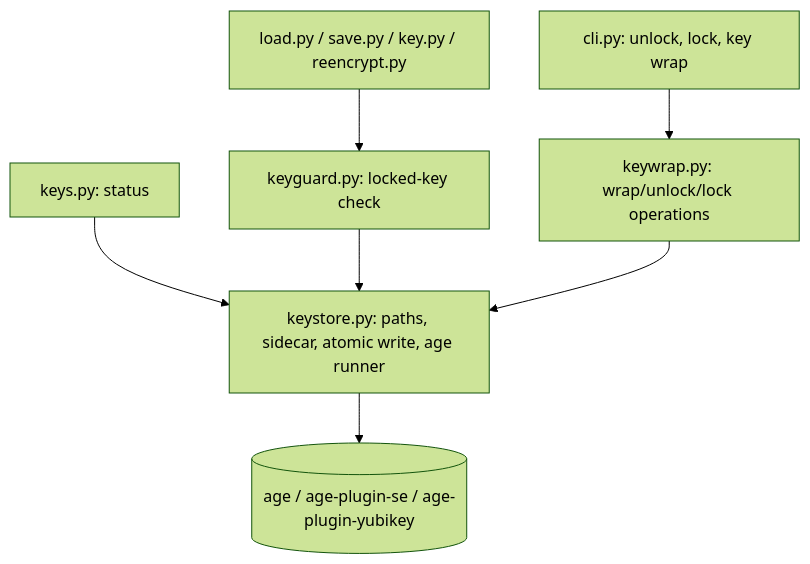
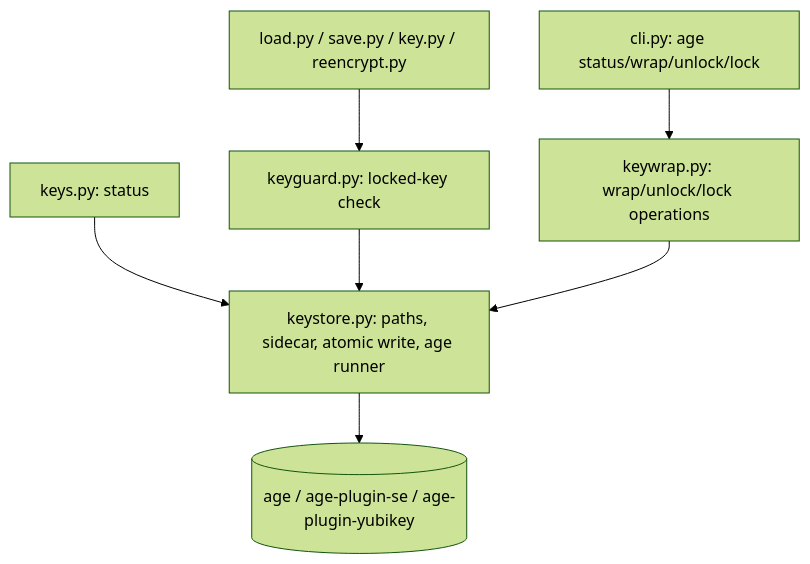
Before and after one commit to ericbusboom/dotconfig: the first of 2 diagrams in clasi/sprints/004-age-key-lock-unlock-wrapped-at-rest/sprint.md, drawn with Mermaid (forest theme). The commit also changed other lines of this file and 15 other files, not shown here.

First line of the commit message:
feat(004-008): reorganize age-key CLI into dotconfig age group

````diff
--- a/clasi/sprints/004-age-key-lock-unlock-wrapped-at-rest/sprint.md
+++ b/clasi/sprints/004-age-key-lock-unlock-wrapped-at-rest/sprint.md
@@ -140,9 +140,9 @@
 ```mermaid
 graph TD
-    CLI[cli.py: unlock, lock, key wrap] --> Wrap[keywrap.py: wrap/unlock/lock operations]
+    CLI[cli.py: age status/wrap/unlock/lock] --> Wrap[keywrap.py: wrap/unlock/lock operations]
     Status[keys.py: status] --> Store
     Guard[keyguard.py: locked-key check] --> Store
     Load[load.py / save.py / key.py / reencrypt.py] --> Guard
     Wrap --> Store[keystore.py: paths, sidecar, atomic write, age runner]
     Store --> Age[(age / age-plugin-se / age-plugin-yubikey)]
 ```
````
